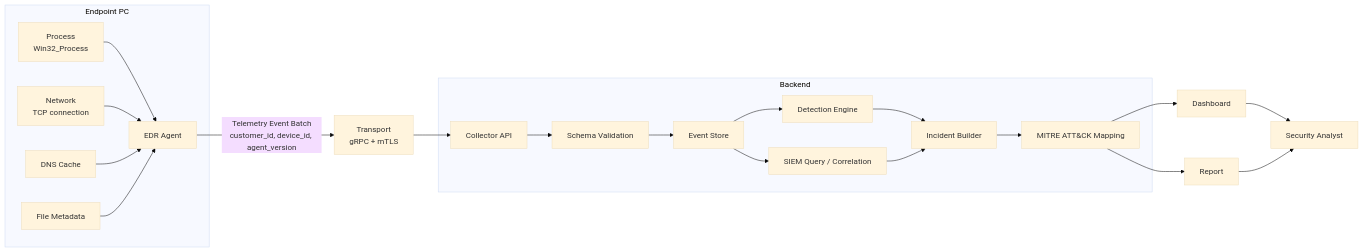
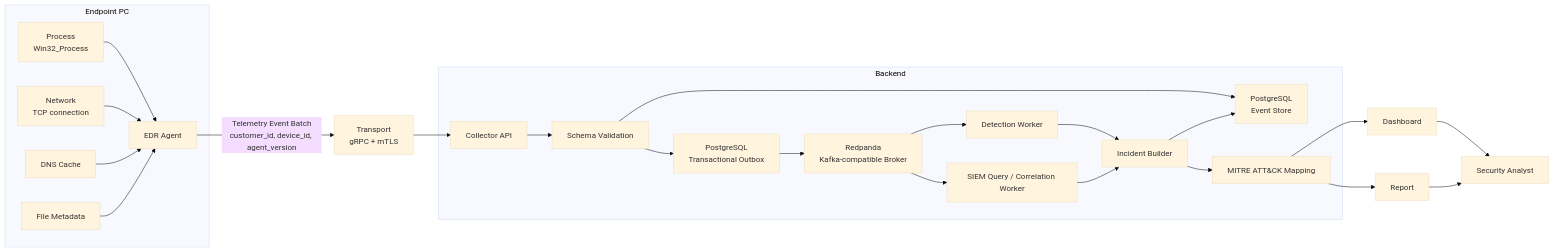
One commit to altius03/tecker-poc-lab changed the diagram in poc_code/security_edr_agent_parser/docs/rebuild-overall-blueprint.md. Above: the diagram before and after it, drawn with Mermaid (base theme). The commit also changed other lines of this file and 3 other files, not shown here.

````diff
--- a/poc_code/security_edr_agent_parser/docs/rebuild-overall-blueprint.md
+++ b/poc_code/security_edr_agent_parser/docs/rebuild-overall-blueprint.md
@@ -126,32 +126,35 @@
 ```mermaid
 flowchart LR
   subgraph ENDPOINT["Endpoint PC"]
     PROC["Process<br/>Win32_Process"]
     NET["Network<br/>TCP connection"]
     DNS["DNS Cache"]
     FILE["File Metadata"]
     AGENT["EDR Agent"]
     PROC --> AGENT
     NET --> AGENT
     DNS --> AGENT
     FILE --> AGENT
   end
 
   AGENT -->|"Telemetry Event Batch<br/>customer_id, device_id, agent_version"| TRANSPORT["Transport<br/>gRPC + mTLS"]
   TRANSPORT --> COLLECTOR["Collector API"]
 
   subgraph BACKEND["Backend"]
     COLLECTOR --> VALIDATE["Schema Validation"]
-    VALIDATE --> STORE["Event Store"]
-    STORE --> DETECT["Detection Engine"]
-    STORE --> SIEM["SIEM Query / Correlation"]
+    VALIDATE --> STORE["PostgreSQL<br/>Event Store"]
+    VALIDATE --> OUTBOX["PostgreSQL<br/>Transactional Outbox"]
+    OUTBOX --> BROKER["Redpanda<br/>Kafka-compatible Broker"]
+    BROKER --> DETECT["Detection Worker"]
+    BROKER --> SIEM["SIEM Query / Correlation Worker"]
     DETECT --> INCIDENT["Incident Builder"]
     SIEM --> INCIDENT
+    INCIDENT --> STORE
     INCIDENT --> MITRE["MITRE ATT&CK Mapping"]
   end
 
   MITRE --> DASH["Dashboard"]
   MITRE --> REPORT["Report"]
   DASH --> SOC["Security Analyst"]
   REPORT --> SOC
 ```
````
